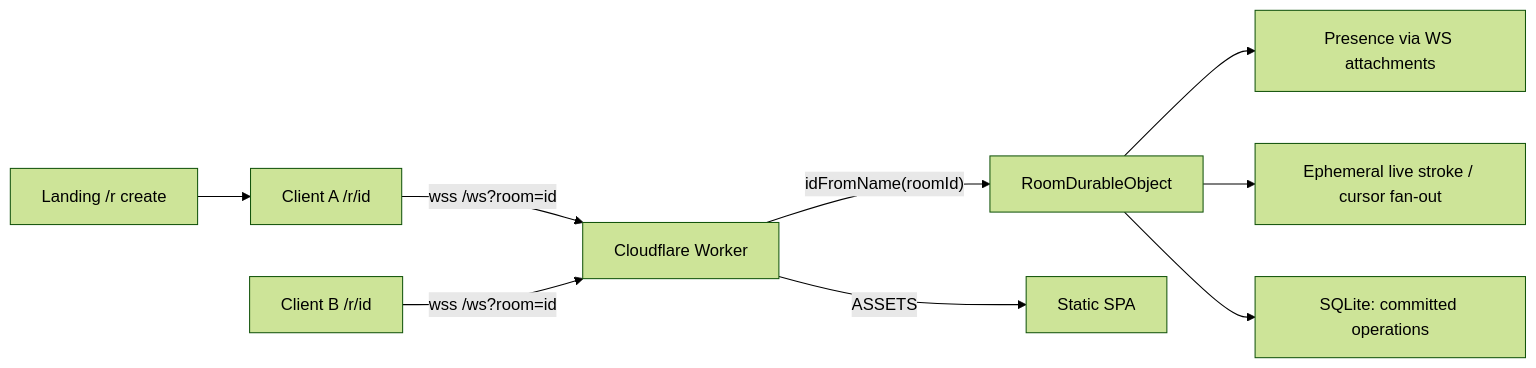
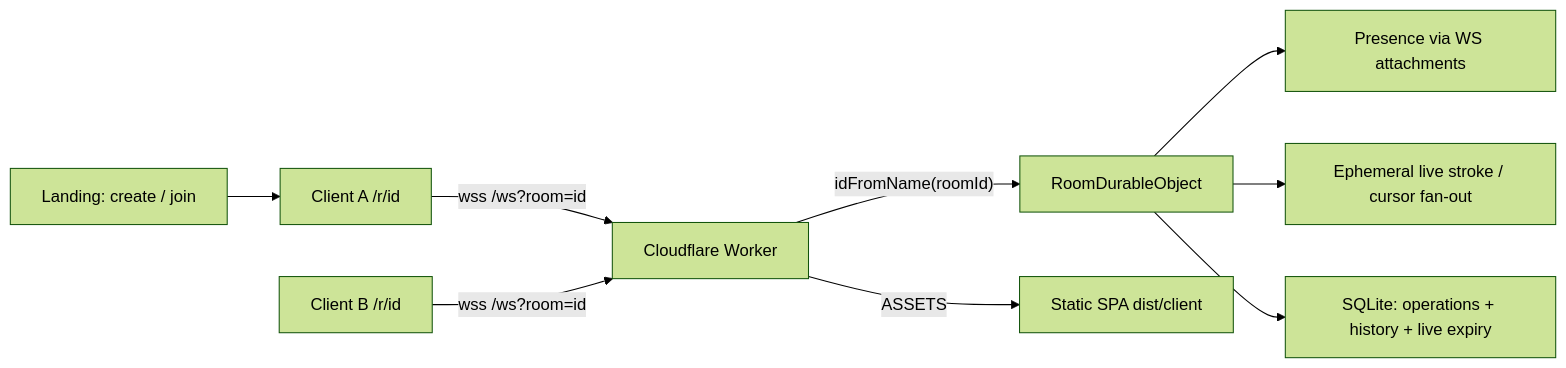
Before and after one commit to Venkat-Kolasani/Loomline: the first of 4 diagrams in ARCHITECTURE.md, drawn with Mermaid (forest theme). The commit also changed other lines of this file and 2 other files, not shown here.

First line of the commit message:
docs(submission): rewrite README, architecture, and decisions

````diff
--- a/ARCHITECTURE.md
+++ b/ARCHITECTURE.md
@@ -15,11 +16,11 @@
 ```mermaid
 flowchart LR
-  L["Landing /r create"] --> C1["Client A /r/id"]
+  L["Landing: create / join"] --> C1["Client A /r/id"]
   C1 -->|"wss /ws?room=id"| W["Cloudflare Worker"]
   C2["Client B /r/id"] -->|"wss /ws?room=id"| W
   W -->|"idFromName(roomId)"| R["RoomDurableObject"]
   R --> P["Presence via WS attachments"]
   R --> L2["Ephemeral live stroke / cursor fan-out"]
-  R --> S["SQLite: committed operations"]
-  W -->|"ASSETS"| A["Static SPA"]
+  R --> S["SQLite: operations + history + live expiry"]
+  W -->|"ASSETS"| A["Static SPA dist/client"]
 ```
````
